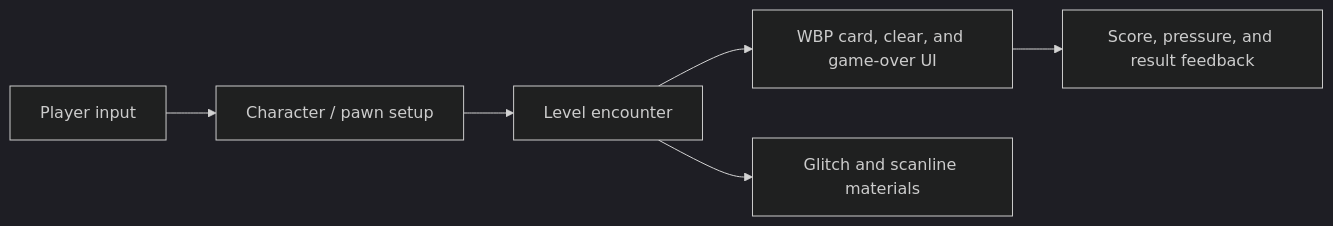
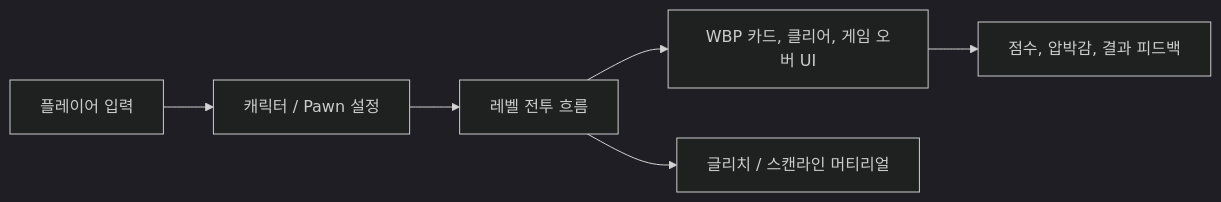
One commit to JunnnnyWon/KPI-OVERLOAD-JAI2025 changed the diagram in README.md. Above: the diagram before and after it, drawn with Mermaid (dark theme). The commit also changed other lines of this file, not shown here.

````diff
--- a/README.md
+++ b/README.md
@@ -47,8 +47,8 @@
 ```mermaid
 flowchart LR
-  Input["Player input"] --> Character["Character / pawn setup"]
-  Character --> Level["Level encounter"]
-  Level --> Widgets["WBP card, clear, and game-over UI"]
-  Level --> Materials["Glitch and scanline materials"]
-  Widgets --> Feedback["Score, pressure, and result feedback"]
+  Input["플레이어 입력"] --> Character["캐릭터 / Pawn 설정"]
+  Character --> Level["레벨 전투 흐름"]
+  Level --> Widgets["WBP 카드, 클리어, 게임 오버 UI"]
+  Level --> Materials["글리치 / 스캔라인 머티리얼"]
+  Widgets --> Feedback["점수, 압박감, 결과 피드백"]
 ```
````
